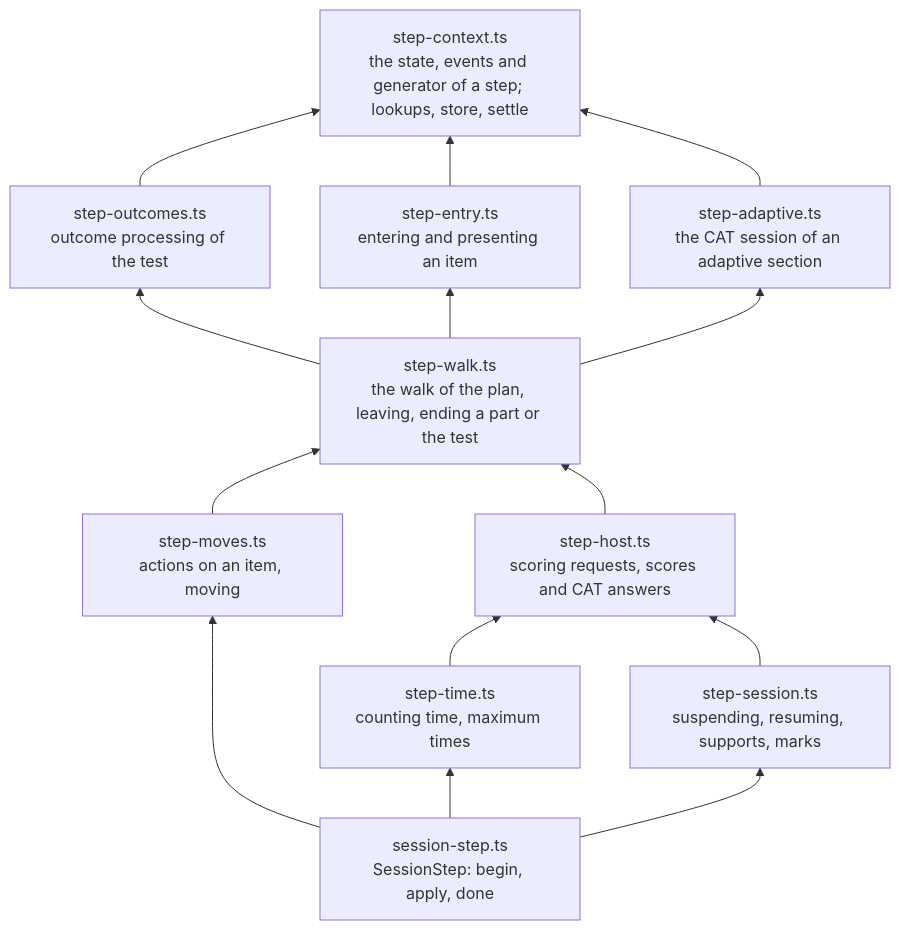
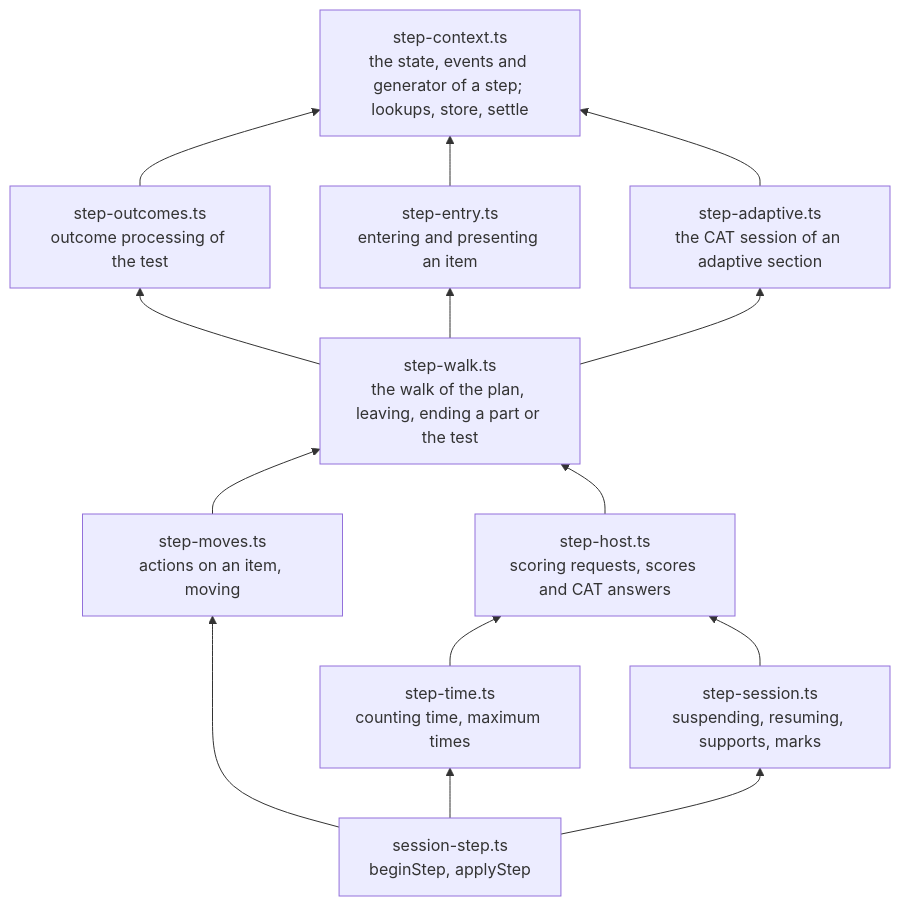
The eighth of 8 diagrams in docs/runtime/delivery.md (assesskit/assesskit), drawn with Mermaid before and after one commit. The commit also changed other lines of this file and 3 other files, not shown here.

````diff
--- a/docs/runtime/delivery.md
+++ b/docs/runtime/delivery.md
@@ -1576,13 +1576,13 @@
 ```mermaid
 flowchart BT
   context["step-context.ts<br/>the state, events and generator of a step; lookups, store, settle"]
   outcomes["step-outcomes.ts<br/>outcome processing of the test"] --> context
   entry["step-entry.ts<br/>entering and presenting an item"] --> context
   adaptive["step-adaptive.ts<br/>the CAT session of an adaptive section"] --> context
   walk["step-walk.ts<br/>the walk of the plan, leaving, ending a part or the test"] --> entry & adaptive & outcomes
   moves["step-moves.ts<br/>actions on an item, moving"] --> walk
   host["step-host.ts<br/>scoring requests, scores and CAT answers"] --> walk
   time["step-time.ts<br/>counting time, maximum times"] --> host
   session["step-session.ts<br/>suspending, resuming, supports, marks"] --> host
-  shell["session-step.ts<br/>SessionStep: begin, apply, done"] --> moves & time & session
+  shell["session-step.ts<br/>beginStep, applyStep"] --> moves & time & session
 ```
````
